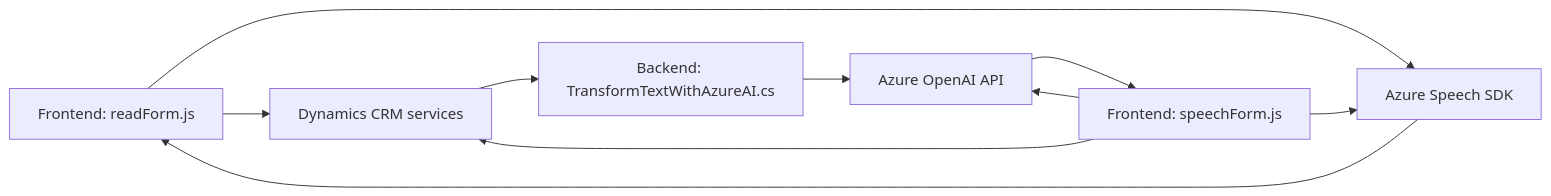
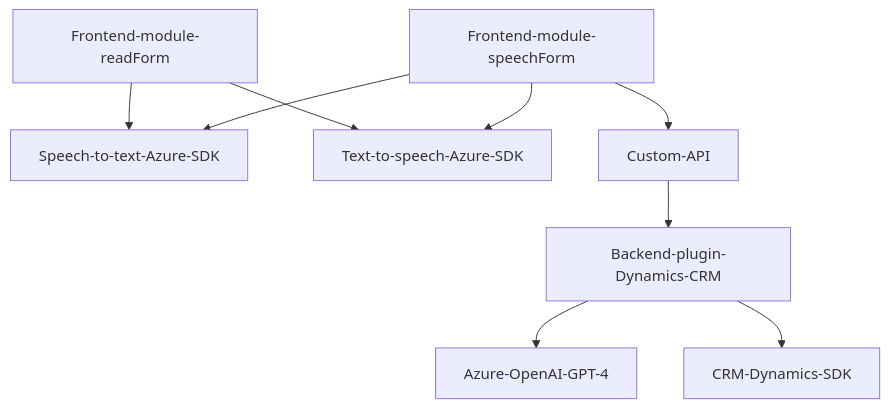
Before and after one commit to blopezdm/NETCORE_BILBAO2025: the diagram in README.md, drawn with Mermaid. The commit also changed other lines of this file, not shown here.

````diff
--- a/README.md
+++ b/README.md
@@ -48,19 +38,11 @@
 ```mermaid
-graph LR
-    A["Frontend: readForm.js"]
-    B["Frontend: speechForm.js"]
-    C["Backend: TransformTextWithAzureAI.cs"]
-    D["Dynamics CRM services"]
-    E["Azure Speech SDK"]
-    F["Azure OpenAI API"]
-
-    A --> E
-    B --> E
-    B --> F
-    E --> A
-    F --> B
-    A --> D
-    B --> D
+graph TD
+    A[Frontend-module-readForm] --> B[Speech-to-text-Azure-SDK]
+    A --> C[Text-to-speech-Azure-SDK]
+    D[Frontend-module-speechForm] --> B
     D --> C
-    C --> F
+    D --> E[Custom-API]
+    E --> F[Backend-plugin-Dynamics-CRM]
+    F --> G[Azure-OpenAI-GPT-4]
+    F --> H[CRM-Dynamics-SDK]
 ```
````
